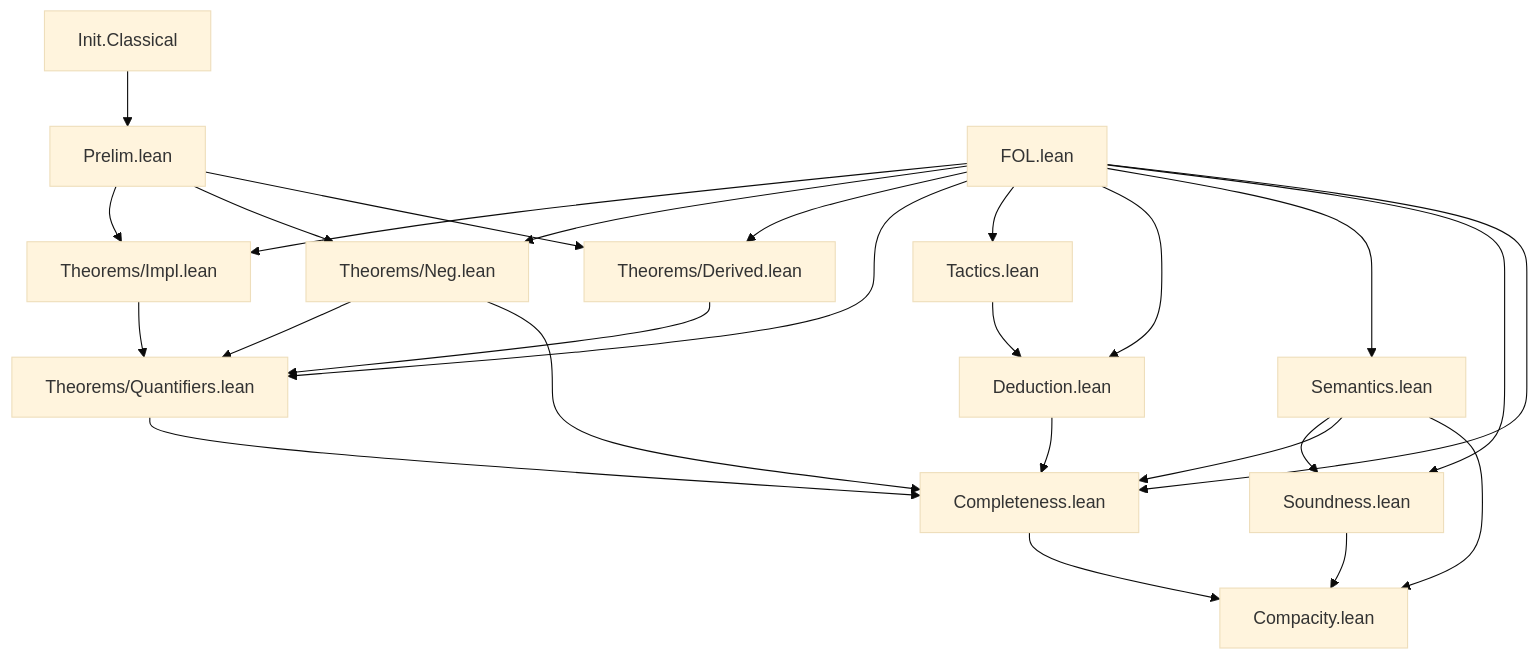
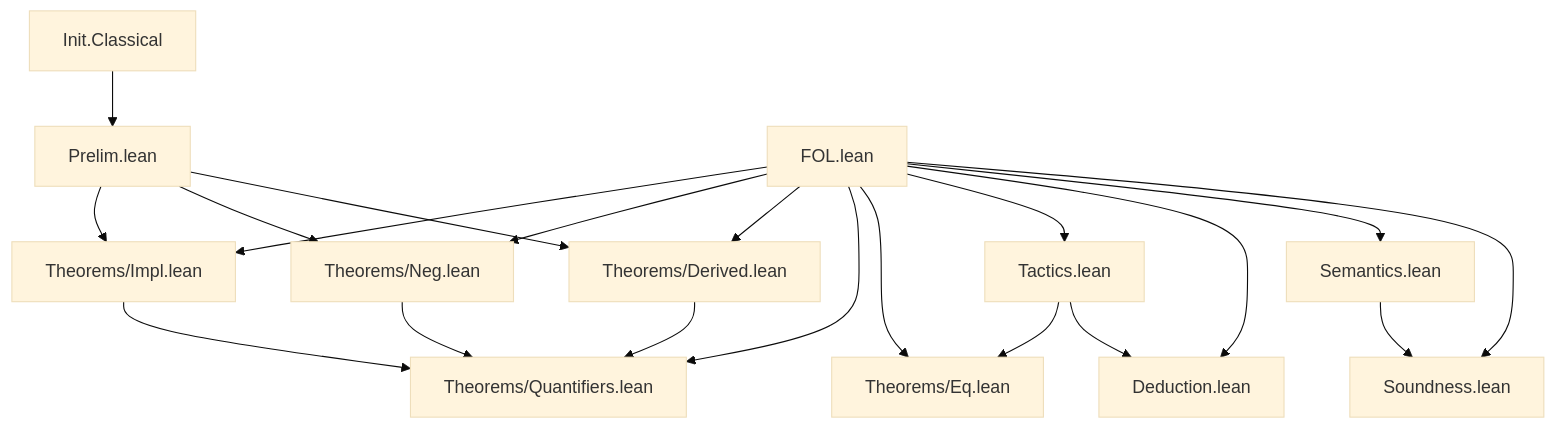
One commit to julian1c2a/lean4-project-template changed the diagram in REFERENCE.md. Above: the diagram before and after it, drawn with Mermaid (base theme). The commit also changed other lines of this file and 7 other files, not shown here.

````diff
--- a/REFERENCE.md
+++ b/REFERENCE.md
@@ -110,28 +109,22 @@
 ```mermaid
 graph TD
     IC[Init.Classical] --> P[Prelim.lean]
     P --> I[Theorems/Impl.lean]
     F[FOL.lean] --> I
     P --> N[Theorems/Neg.lean]
     F --> N
     P --> D[Theorems/Derived.lean]
     F --> D
     I --> Q[Theorems/Quantifiers.lean]
     N --> Q
     D --> Q
     F --> Q
+    F --> Eq[Theorems/Eq.lean]
+    T --> Eq
     F --> T[Tactics.lean]
     F --> Ded[Deduction.lean]
     T --> Ded
     F --> Sem[Semantics.lean]
     Sem --> S[Soundness.lean]
     F --> S
-    Sem --> C[Completeness.lean]
-    Ded --> C
-    N --> C
-    Q --> C
-    F --> C
-    C --> Comp[Compacity.lean]
-    S --> Comp
-    Sem --> Comp
 ```
````
